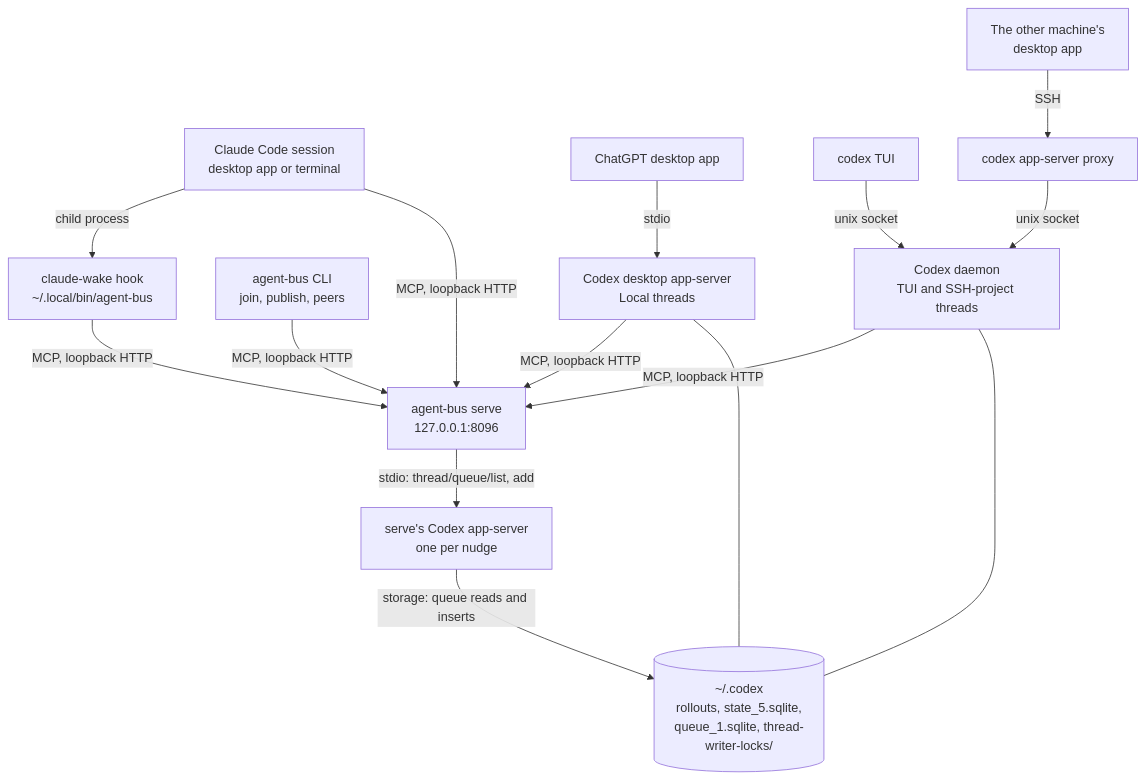
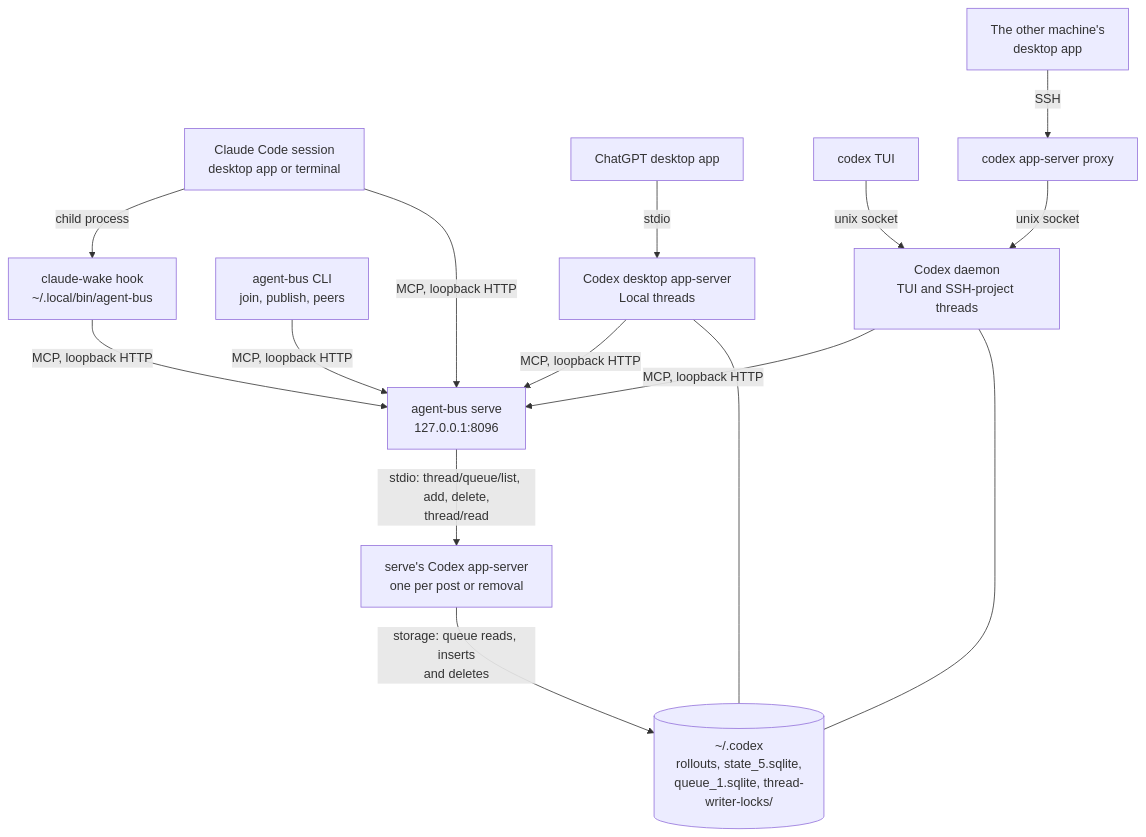
The second of 2 diagrams in docs/architecture/topology.md (rawr-ai/agent-bus), drawn with Mermaid before and after one commit. The commit also changed other lines of this file and 8 other files, not shown here.

````diff
--- a/docs/architecture/topology.md
+++ b/docs/architecture/topology.md
@@ -46,16 +46,16 @@
 ```mermaid
 flowchart TB
   cc["Claude Code session<br/>desktop app or terminal"] -- "child process" --> hook["claude-wake hook<br/>~/.local/bin/agent-bus"]
   cli["agent-bus CLI<br/>join, publish, peers"]
   app["ChatGPT desktop app"] -- "stdio" --> desk["Codex desktop app-server<br/>Local threads"]
   tui["codex TUI"] -- "unix socket" --> daemon["Codex daemon<br/>TUI and SSH-project threads"]
   remote["The other machine's<br/>desktop app"] -- "SSH" --> proxy["codex app-server proxy"]
   proxy -- "unix socket" --> daemon
   serve["agent-bus serve<br/>127.0.0.1:8096"]
   cc & hook & cli & desk & daemon -- "MCP, loopback HTTP" --> serve
-  serve -- "stdio: thread/queue/list, add" --> own["serve's Codex app-server<br/>one per nudge"]
+  serve -- "stdio: thread/queue/list, add, delete,<br/>thread/read" --> own["serve's Codex app-server<br/>one per post or removal"]
   codexhome[("~/.codex<br/>rollouts, state_5.sqlite,<br/>queue_1.sqlite, thread-writer-locks/")]
   desk --- codexhome
   daemon --- codexhome
-  own -- "storage: queue reads and inserts" --> codexhome
+  own -- "storage: queue reads, inserts<br/>and deletes" --> codexhome
 ```
````
